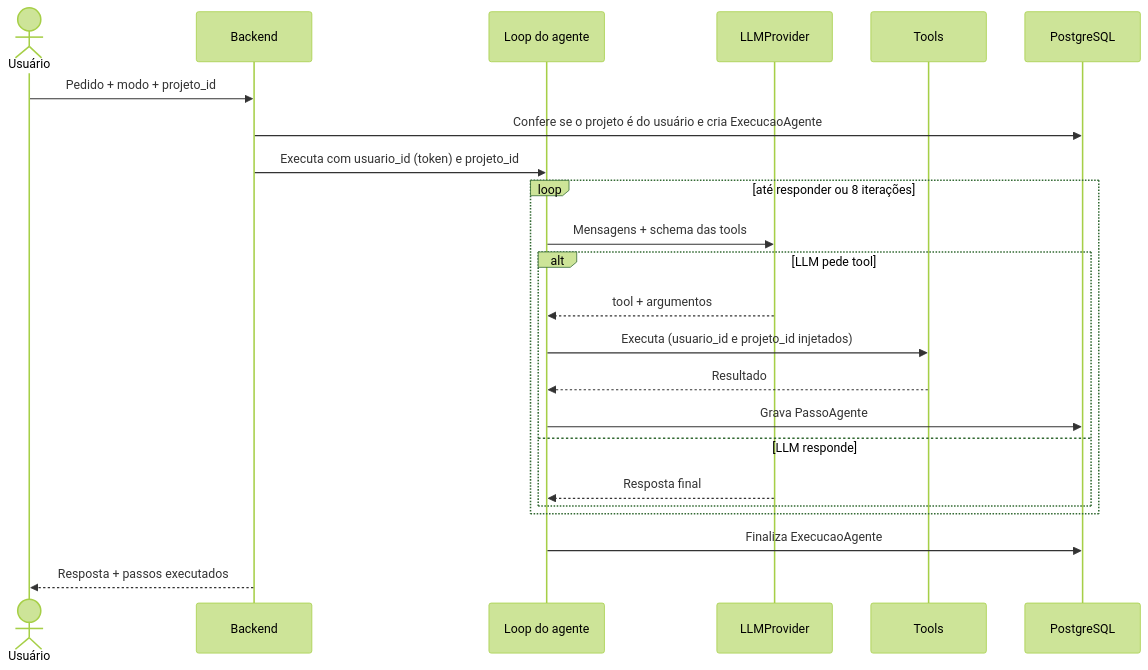
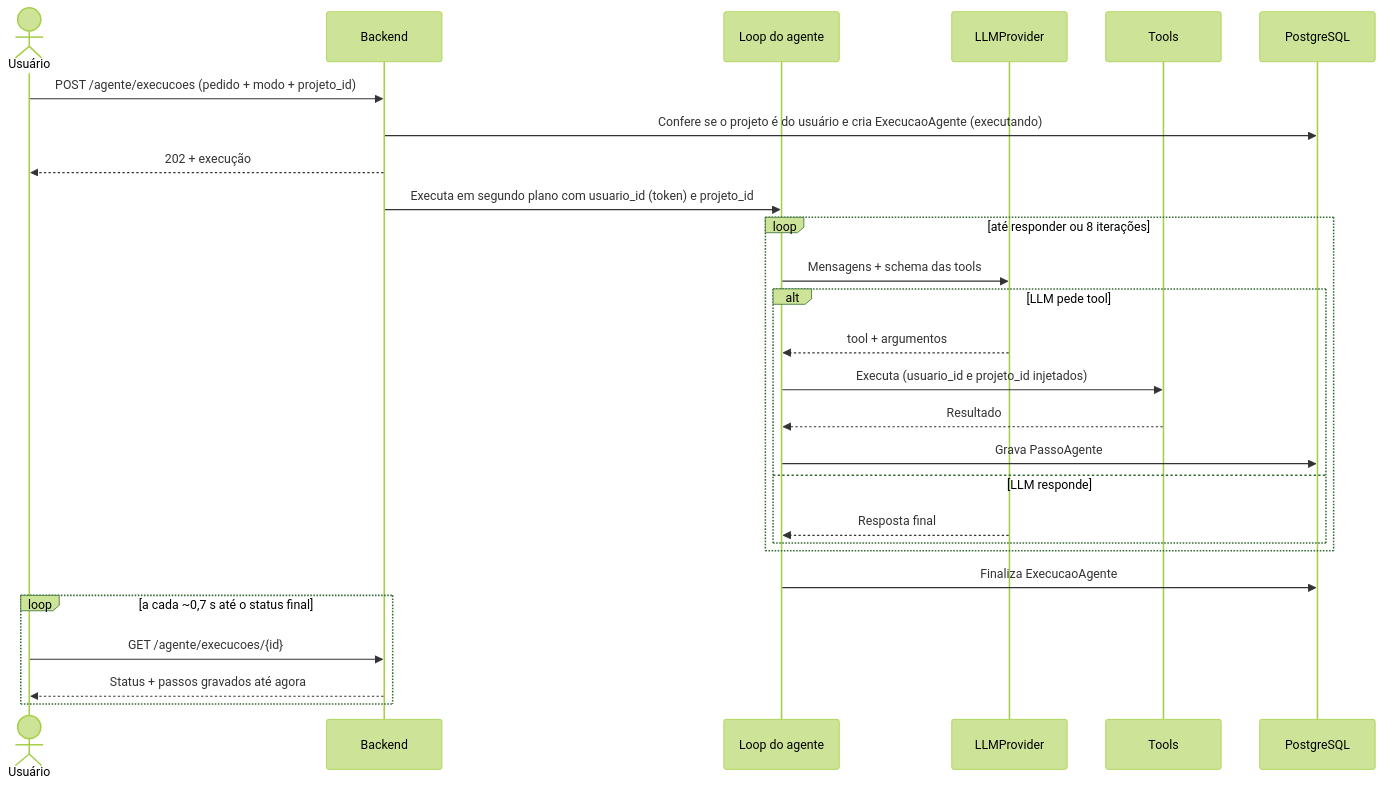
The first of 2 diagrams in docs/agente-e-rag.md (JonasRocha189/tcc-puc-post-generator-ai), drawn with Mermaid (forest theme) before and after one commit. The commit also changed other lines of this file and 29 other files, not shown here.

````diff
--- a/docs/agente-e-rag.md
+++ b/docs/agente-e-rag.md
@@ -9,26 +9,30 @@
 ```mermaid
 sequenceDiagram
     actor U as Usuário
     participant API as Backend
     participant A as Loop do agente
     participant LLM as LLMProvider
     participant T as Tools
     participant DB as PostgreSQL
 
-    U->>API: Pedido + modo + projeto_id
-    API->>DB: Confere se o projeto é do usuário e cria ExecucaoAgente
-    API->>A: Executa com usuario_id (token) e projeto_id
+    U->>API: POST /agente/execucoes (pedido + modo + projeto_id)
+    API->>DB: Confere se o projeto é do usuário e cria ExecucaoAgente (executando)
+    API-->>U: 202 + execução
+    API->>A: Executa em segundo plano com usuario_id (token) e projeto_id
     loop até responder ou 8 iterações
         A->>LLM: Mensagens + schema das tools
         alt LLM pede tool
             LLM-->>A: tool + argumentos
             A->>T: Executa (usuario_id e projeto_id injetados)
             T-->>A: Resultado
             A->>DB: Grava PassoAgente
         else LLM responde
             LLM-->>A: Resposta final
         end
     end
     A->>DB: Finaliza ExecucaoAgente
-    API-->>U: Resposta + passos executados
+    loop a cada ~0,7 s até o status final
+        U->>API: GET /agente/execucoes/{id}
+        API-->>U: Status + passos gravados até agora
+    end
 ```
````
